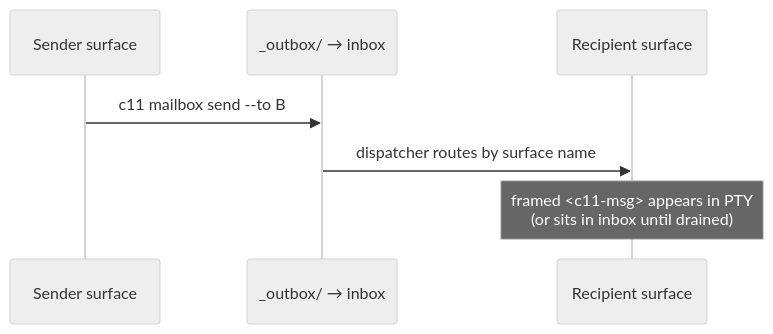
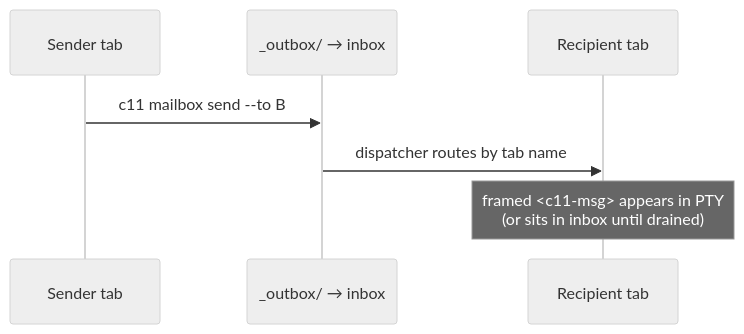
One commit to Stage-11-Agentics/c11 changed the second of 6 diagrams in docs/c11-mailbox-guide.md. Above: the diagram before and after it, drawn with Mermaid (neutral theme). The commit also changed other lines of this file and 59 other files, not shown here.

````diff
--- a/docs/c11-mailbox-guide.md
+++ b/docs/c11-mailbox-guide.md
@@ -109,10 +109,10 @@
 ```mermaid
 sequenceDiagram
-    participant A as Sender surface
+    participant A as Sender tab
     participant FS as _outbox/ → inbox
-    participant B as Recipient surface
+    participant B as Recipient tab
 
     A->>FS: c11 mailbox send --to B
-    FS->>B: dispatcher routes by surface name
+    FS->>B: dispatcher routes by tab name
     Note over B: framed <c11-msg> appears in PTY<br/>(or sits in inbox until drained)
 ```
````
